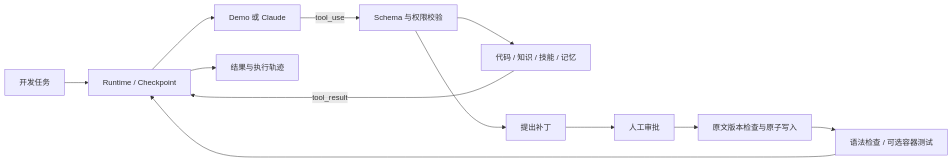
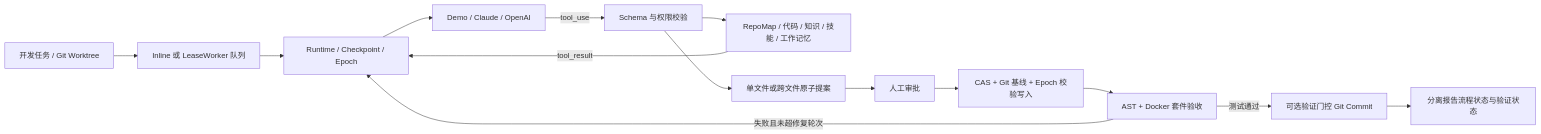
One commit to CambridgeZ/agent-systems-lab changed the diagram in README.md. Above: the diagram before and after it, drawn with Mermaid. The commit also changed other lines of this file and 50 other files, not shown here.

Commit message:
Implement Git worktrees, repair loop, model benchmark, epoch leases, AST RepoMap, and working memory

````diff
--- a/README.md
+++ b/README.md
@@ -60,14 +72,16 @@
 ```mermaid
 flowchart LR
-    U[开发任务] --> R[Runtime / Checkpoint]
-    R --> P[Demo 或 Claude]
+    U[开发任务 / Git Worktree] --> Q0[Inline 或 LeaseWorker 队列]
+    Q0 --> R[Runtime / Checkpoint / Epoch]
+    R --> P[Demo / Claude / OpenAI]
     P -->|tool_use| T[Schema 与权限校验]
-    T --> Q[代码 / 知识 / 技能 / 记忆]
+    T --> Q[RepoMap / 代码 / 知识 / 技能 / 工作记忆]
     Q -->|tool_result| R
-    T --> D[提出补丁]
+    T --> D[单文件或跨文件原子提案]
     D --> H[人工审批]
-    H --> C[原文版本检查与原子写入]
-    C --> V[语法检查 / 可选容器测试]
-    V --> R
-    R --> O[结果与执行轨迹]
+    H --> C[CAS + Git 基线 + Epoch 校验写入]
+    C --> V[AST + Docker 套件验收]
+    V -->|失败且未超修复轮次| R
+    V -->|测试通过| G[可选验证门控 Git Commit]
+    G --> O[分离报告流程状态与验证状态]
 ```
````
